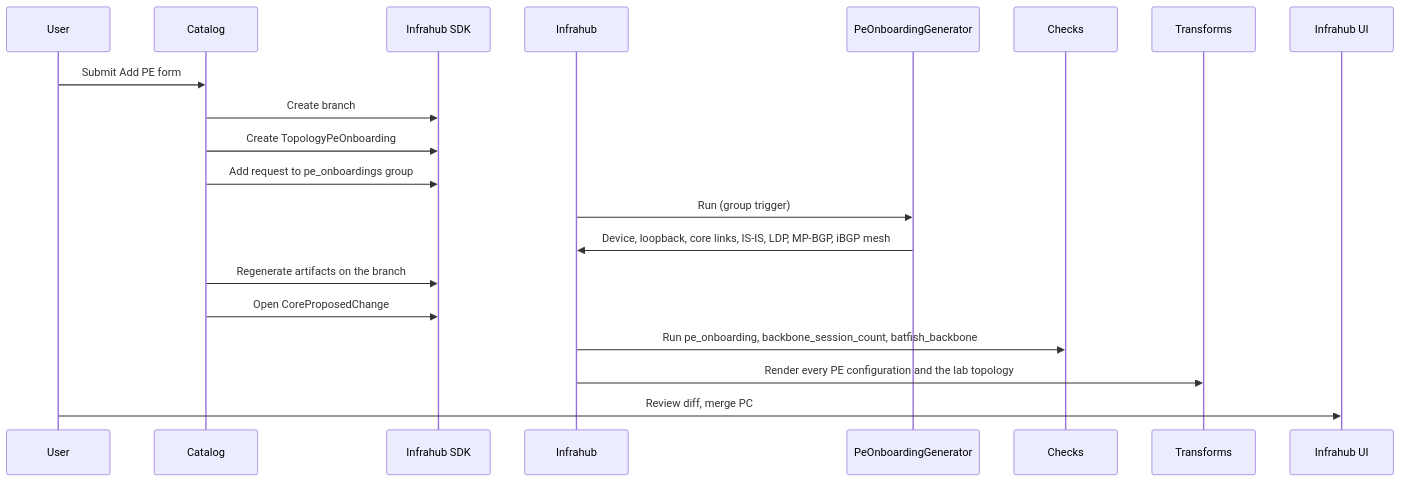
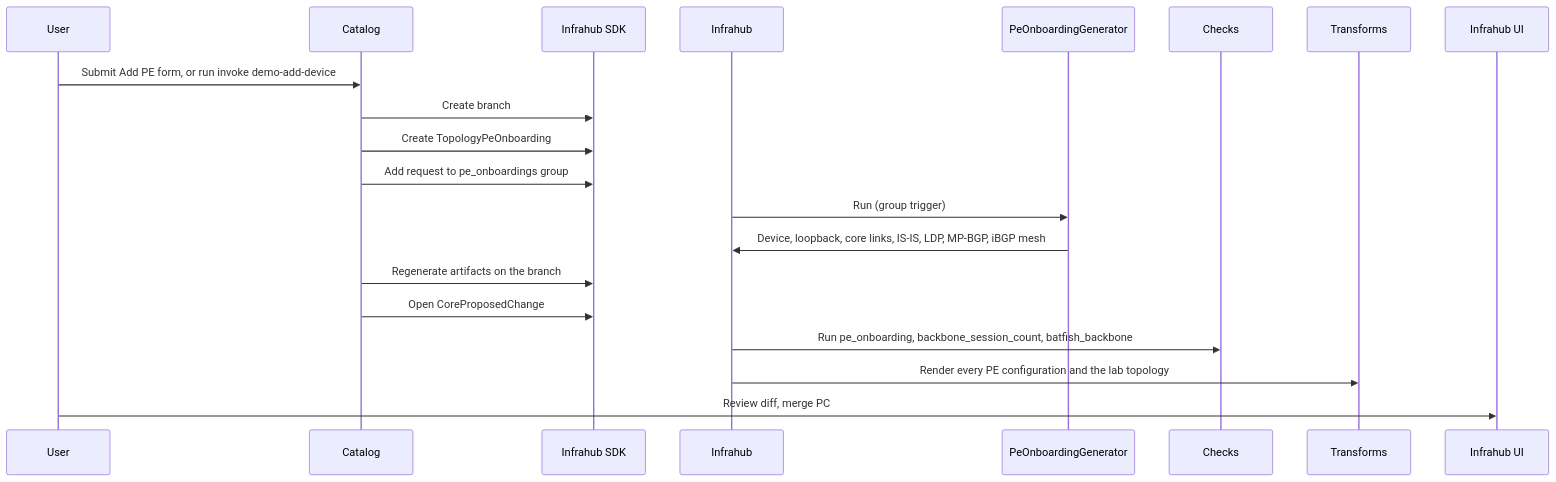
One commit to DharmaBytesX/infrahub-demo-sp changed the diagram in docs/docs/backbone/add-pe.mdx. Above: the diagram before and after it, drawn with Mermaid. The commit also changed other lines of this file and 11 other files, not shown here.

First line of the commit message:
feat(demo): add `invoke demo-add-device` to run the Add PE flow from the CLI

````diff
--- a/docs/docs/backbone/add-pe.mdx
+++ b/docs/docs/backbone/add-pe.mdx
@@ -14,14 +83,14 @@
 ```mermaid
 sequenceDiagram
-    User->>Catalog: Submit Add PE form
+    User->>Catalog: Submit Add PE form, or run invoke demo-add-device
     Catalog->>Infrahub SDK: Create branch
     Catalog->>Infrahub SDK: Create TopologyPeOnboarding
     Catalog->>Infrahub SDK: Add request to pe_onboardings group
     Infrahub->>PeOnboardingGenerator: Run (group trigger)
     PeOnboardingGenerator->>Infrahub: Device, loopback, core links, IS-IS, LDP, MP-BGP, iBGP mesh
     Catalog->>Infrahub SDK: Regenerate artifacts on the branch
     Catalog->>Infrahub SDK: Open CoreProposedChange
     Infrahub->>Checks: Run pe_onboarding, backbone_session_count, batfish_backbone
     Infrahub->>Transforms: Render every PE configuration and the lab topology
     User->>Infrahub UI: Review diff, merge PC
 ```
````
